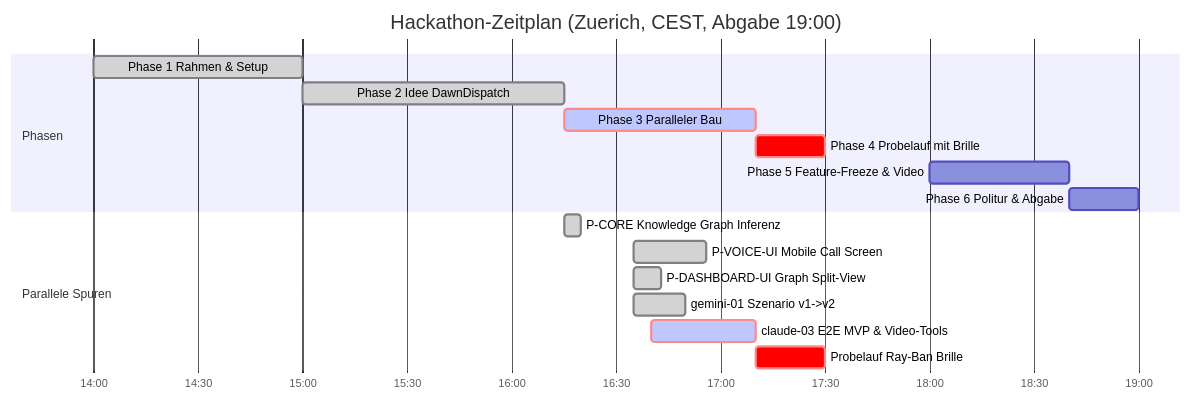
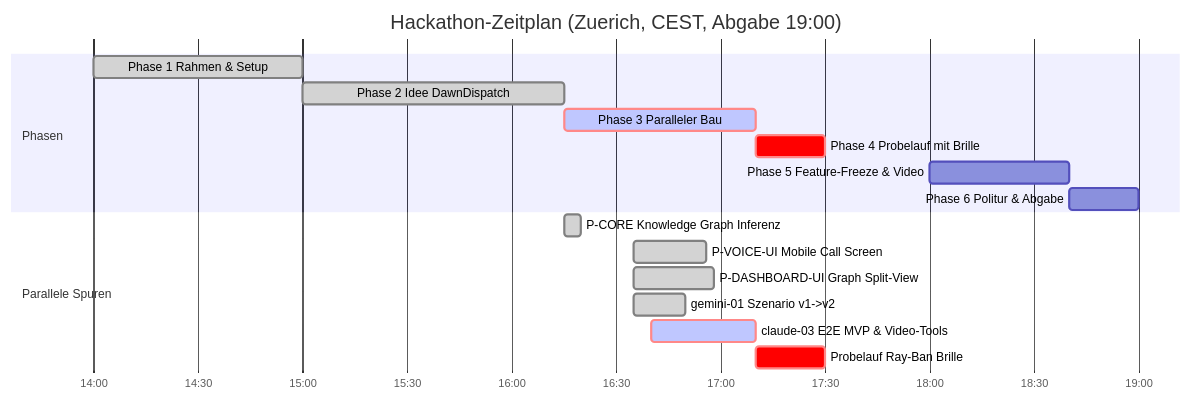
The diagram in STAND.md (Philipp2agent/agentic-hack-google), drawn with Mermaid before and after one commit. The commit also changed other lines of this file, not shown here.

Commit message:
docs(stand): P-DASHBOARD-UI Graph-Feinschliff von hack-bau3 gemerged

````diff
--- a/STAND.md
+++ b/STAND.md
@@ -24,20 +24,20 @@
 ```mermaid
 gantt
   title Hackathon-Zeitplan (Zuerich, CEST, Abgabe 19:00)
   dateFormat HH:mm
   axisFormat %H:%M
   section Phasen
   Phase 1 Rahmen & Setup         :done, p1, 14:00, 15:00
   Phase 2 Idee DawnDispatch      :done, p2, 15:00, 16:15
   Phase 3 Paralleler Bau         :crit, active, p3, 16:15, 17:10
   Phase 4 Probelauf mit Brille   :crit, p4, 17:10, 17:30
   Phase 5 Feature-Freeze & Video :p5, 18:00, 18:40
   Phase 6 Politur & Abgabe       :p6, 18:40, 19:00
   section Parallele Spuren
   P-CORE Knowledge Graph Inferenz   :done, p_core, 16:15, 16:20
   P-VOICE-UI Mobile Call Screen     :done, p_vui, 16:35, 16:56
-  P-DASHBOARD-UI Graph Split-View   :done, p_dui, 16:35, 16:43
+  P-DASHBOARD-UI Graph Split-View   :done, p_dui, 16:35, 16:58
   gemini-01 Szenario v1->v2         :done, p_gem1, 16:35, 16:50
   claude-03 E2E MVP & Video-Tools   :crit, active, p_cl3, 16:40, 17:10
   Probelauf Ray-Ban Brille          :crit, p_probe, 17:10, 17:30
 ```
````
